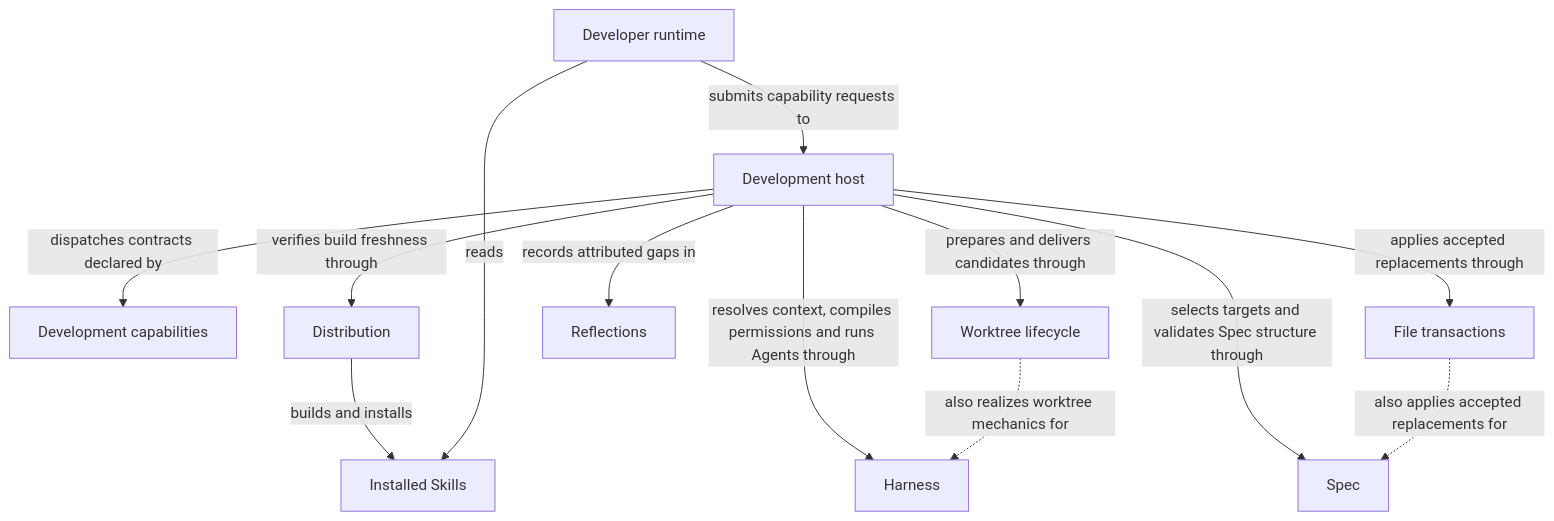
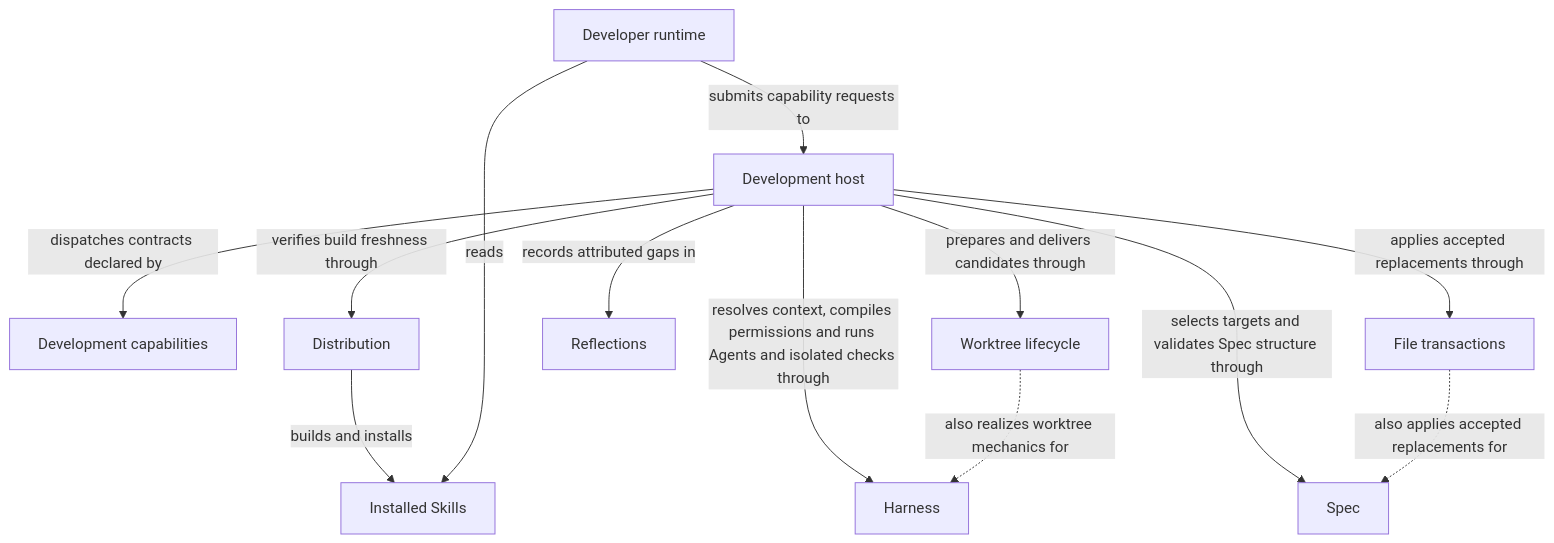
Before and after one commit to FTOD/concorde: the diagram in specs/concorde/development/module.md, drawn with Mermaid. The commit also changed other lines of this file and 15 other files, not shown here.

````diff
--- a/specs/concorde/development/module.md
+++ b/specs/concorde/development/module.md
@@ -398,27 +411,27 @@
 ```mermaid
 flowchart TB
     accTitle: Development entities and relationships
     accDescr: Distribution supplies Installed Skills, which the external Developer runtime reads before submitting capability requests to the Development host. Development capabilities declares the contracts the host dispatches. The host uses Harness for Agent execution, Spec for selection and validation, Reflections for gap history and Distribution for fresh projections. Worktree lifecycle and File transactions realize shared mutation mechanics.
     developmentCapabilities["Development capabilities"]
     developmentHost["Development host"]
     worktreeLifecycle["Worktree lifecycle"]
     fileTransactions["File transactions"]
     harness["Harness"]
     spec["Spec"]
     reflections["Reflections"]
     distribution["Distribution"]
     installedSkills["Installed Skills"]
     developerRuntime["Developer runtime"]
     distribution -->|builds and installs| installedSkills
     developerRuntime -->|reads| installedSkills
     developerRuntime -->|submits capability requests to| developmentHost
     developmentHost -->|dispatches contracts declared by| developmentCapabilities
     developmentHost -->|prepares and delivers candidates through| worktreeLifecycle
     developmentHost -->|applies accepted replacements through| fileTransactions
-    developmentHost -->|resolves context, compiles permissions and runs Agents through| harness
+    developmentHost -->|resolves context, compiles permissions and runs Agents and isolated checks through| harness
     developmentHost -->|selects targets and validates Spec structure through| spec
     developmentHost -->|records attributed gaps in| reflections
     developmentHost -->|verifies build freshness through| distribution
     worktreeLifecycle -.->|also realizes worktree mechanics for| harness
     fileTransactions -.->|also applies accepted replacements for| spec
 ```
````
